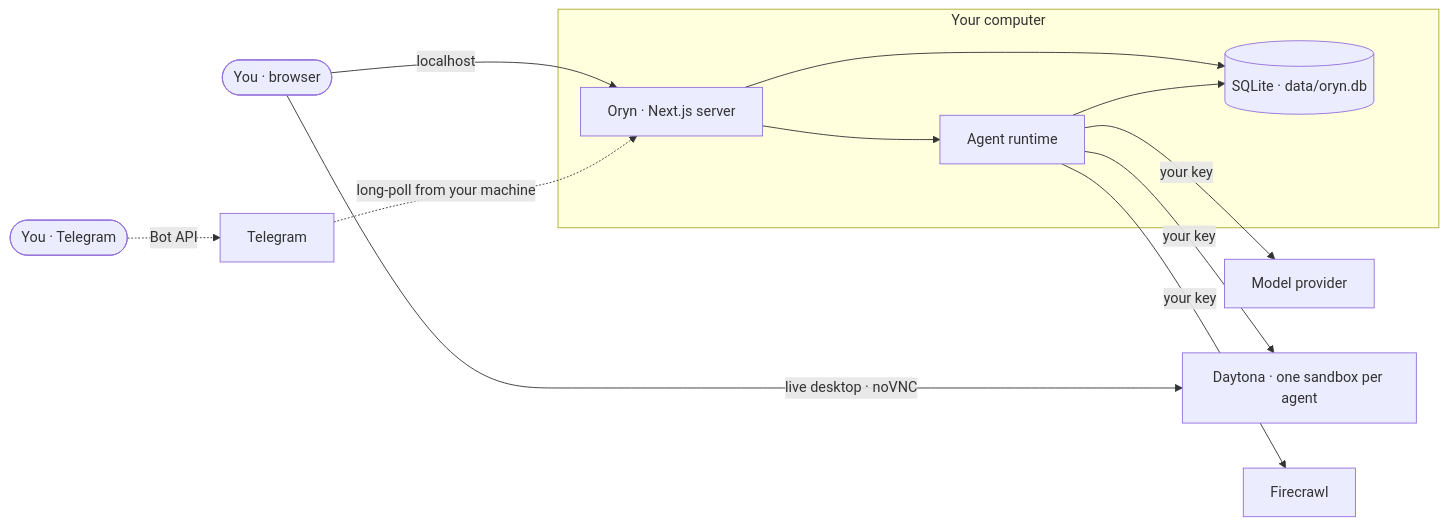
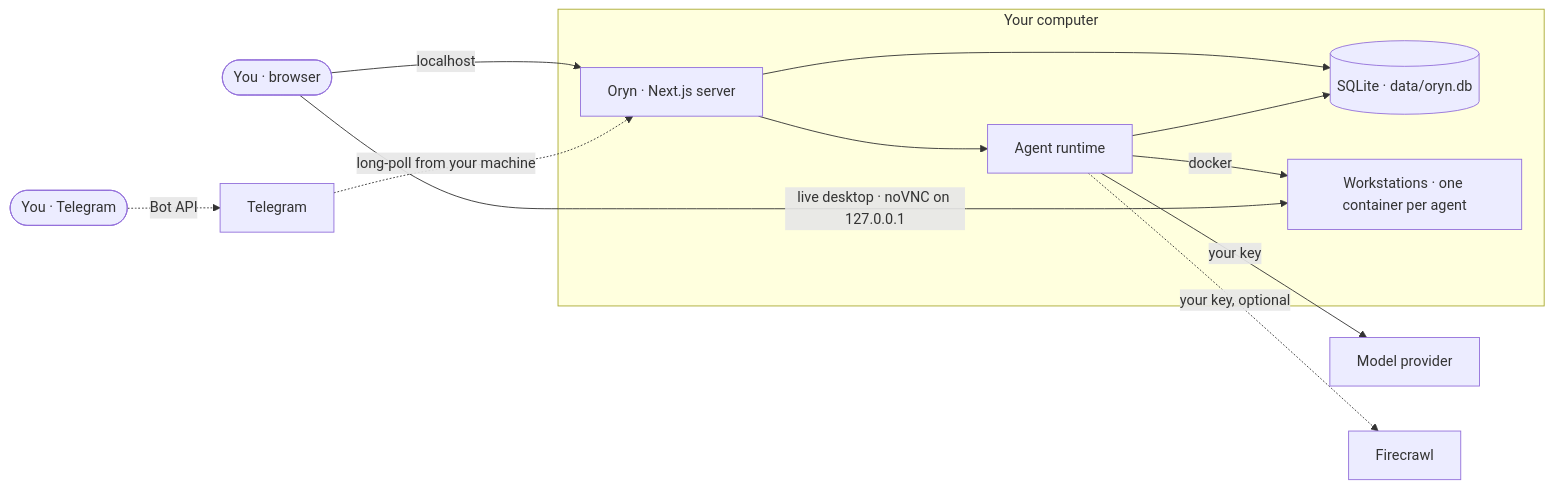
Before and after one commit to Peixer/xiryn: the diagram in README.md, drawn with Mermaid. The commit also changed other lines of this file and 7 other files, not shown here.

First line of the commit message:
docs: Docker workstations, one-command setup and notifications

````diff
--- a/README.md
+++ b/README.md
@@ -186,18 +224,18 @@
 ```mermaid
 graph LR
     you([You · browser]) -->|localhost| app
     phone([You · Telegram]) -.->|Bot API| tg[Telegram]
     tg -.->|long-poll from your machine| app
 
     subgraph machine [Your computer]
         app[Oryn · Next.js server]
         app --> runtime[Agent runtime]
         app --> db[(SQLite · data/oryn.db)]
         runtime --> db
+        runtime -->|docker| ws[Workstations · one container per agent]
     end
 
     runtime -->|your key| llm[Model provider]
-    runtime -->|your key| daytona[Daytona · one sandbox per agent]
-    runtime -->|your key| firecrawl[Firecrawl]
-    you -->|live desktop · noVNC| daytona
+    runtime -.->|your key, optional| firecrawl[Firecrawl]
+    you -->|live desktop · noVNC on 127.0.0.1| ws
 ```
````
